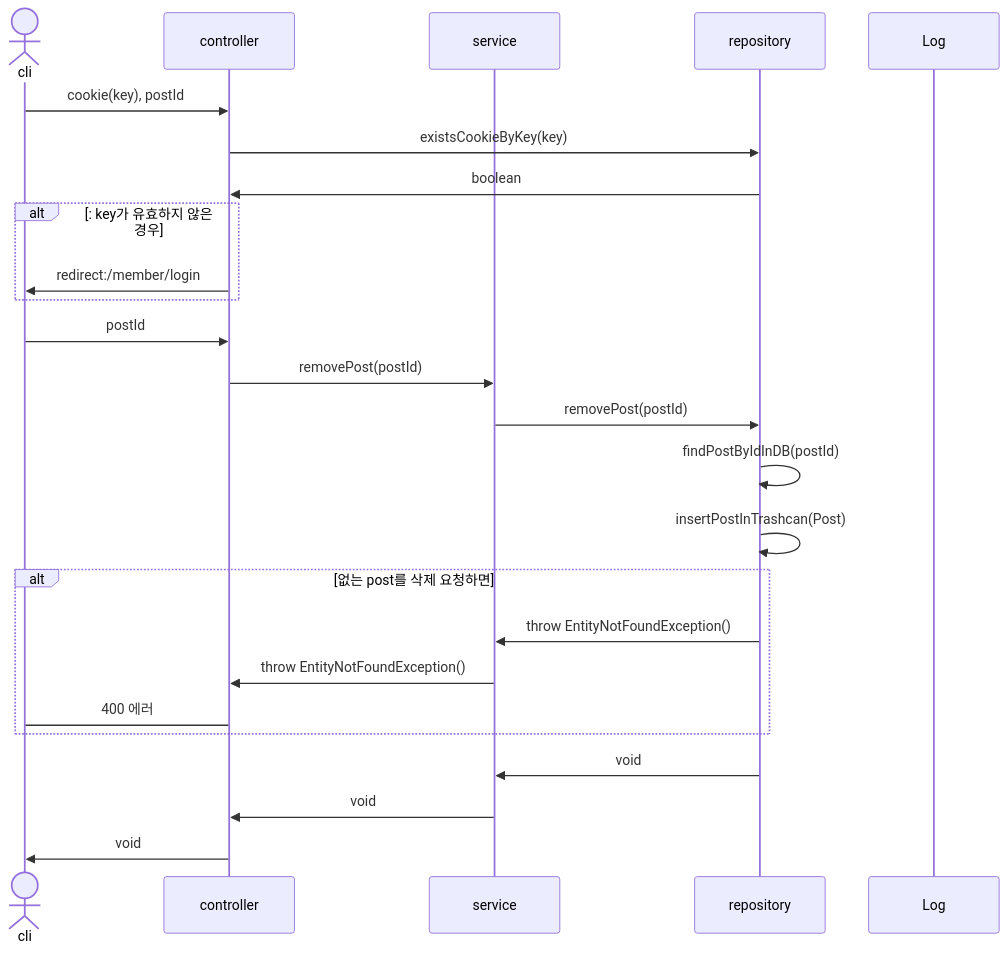
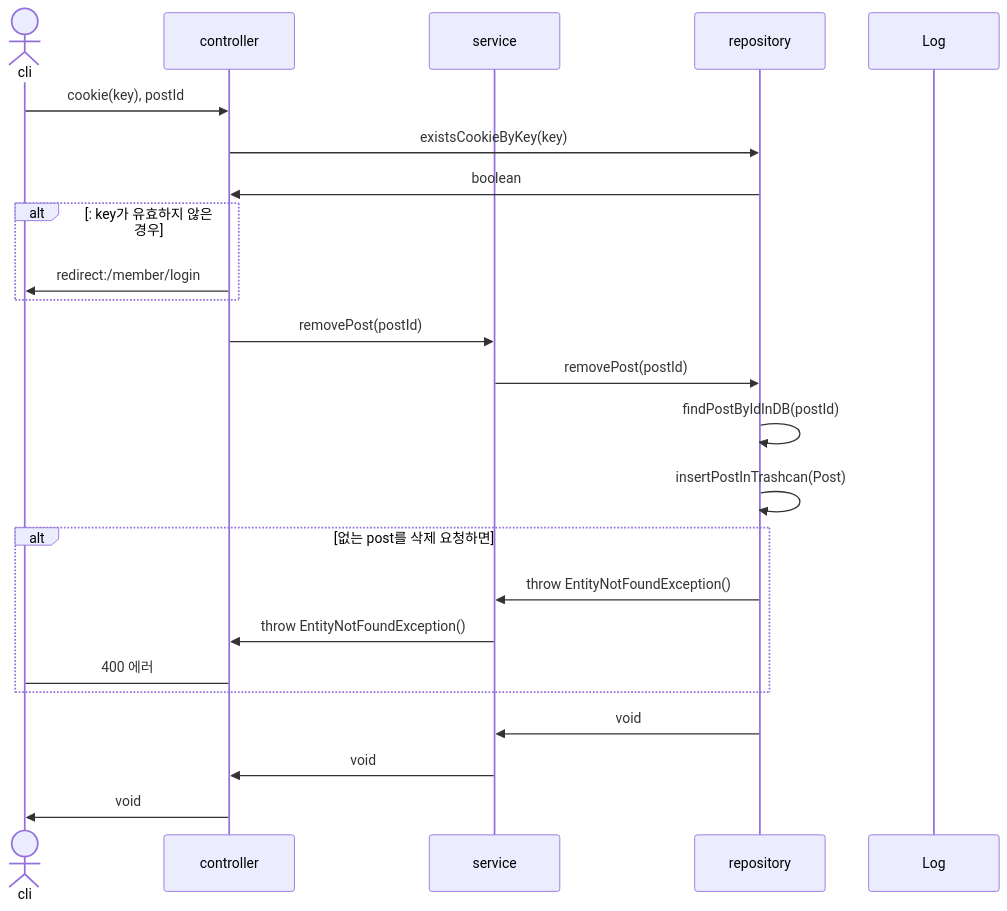
Before and after one commit to mtak0235/snsX: diagram 27 of 29 in sequence.md, drawn with Mermaid.

Commit message:
update removePost sequence diagram

````diff
--- a/sequence.md
+++ b/sequence.md
@@ -630,28 +630,27 @@
 ```mermaid
 sequenceDiagram
 actor cli
 participant c as controller
 participant s as service
 participant r as repository
 participant l as Log
 
 cli->>c: cookie(key), postId
 c->>r: existsCookieByKey(key)
 r->>c: boolean
 alt: key가 유효하지 않은 경우
 c->>cli: redirect:/member/login
 end
-cli->>c: postId
 c->>s: removePost(postId)
 s->>r: removePost(postId)
 r->>r: findPostByIdInDB(postId)
 r->>r: insertPostInTrashcan(Post)
 alt 없는 post를 삭제 요청하면
 r->>s: throw EntityNotFoundException()
 s->>c: throw EntityNotFoundException()
 c->cli: 400 에러
 end
 r->>s: void
 s->>c: void
 c->>cli: void
 ```
````
